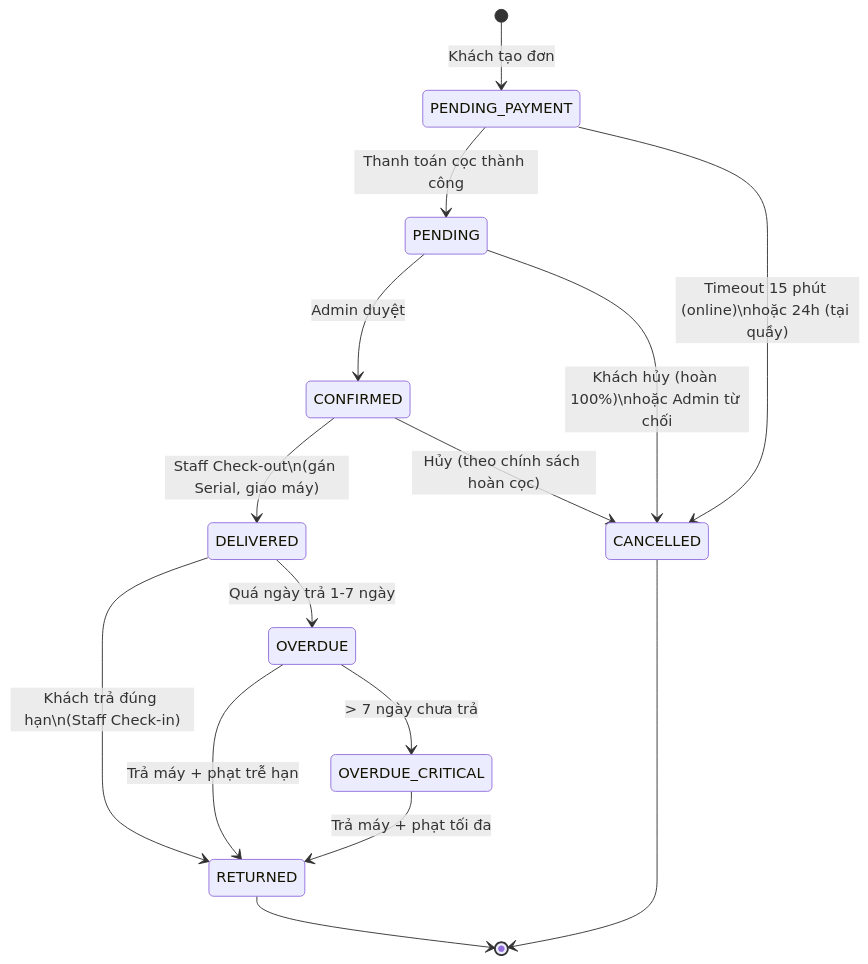
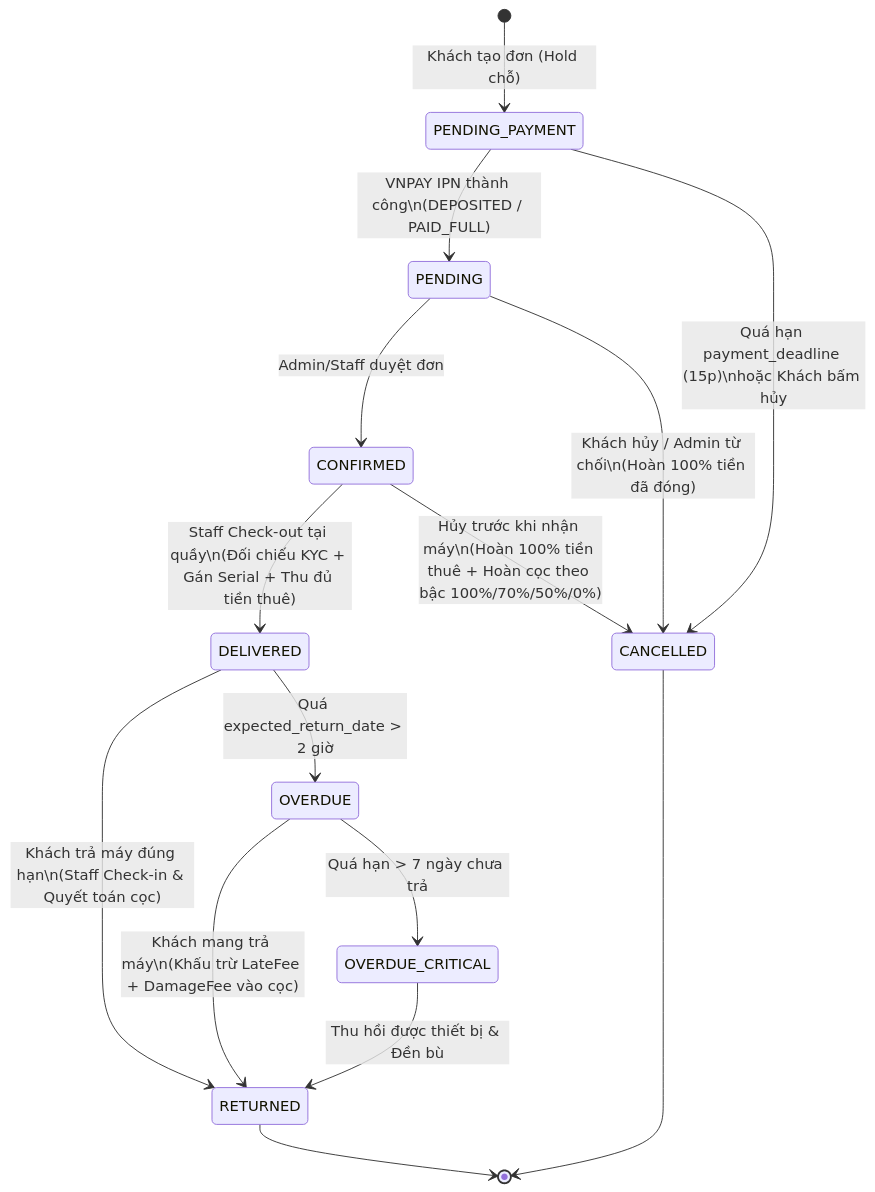
The fifth of 7 diagrams in README.md (Duynguyen1108i3/refuji), drawn with Mermaid before and after one commit. The commit also changed other lines of this file and 1 other file, not shown here.

````diff
--- a/README.md
+++ b/README.md
@@ -777,24 +763,24 @@
 ```mermaid
 stateDiagram-v2
-    [*] --> PENDING_PAYMENT : Khách tạo đơn
+    [*] --> PENDING_PAYMENT : Khách tạo đơn (Hold chỗ)
 
-    PENDING_PAYMENT --> PENDING : Thanh toán cọc thành công
-    PENDING_PAYMENT --> CANCELLED : Timeout 15 phút (online)\nhoặc 24h (tại quầy)
+    PENDING_PAYMENT --> PENDING : VNPAY IPN thành công\n(DEPOSITED / PAID_FULL)
+    PENDING_PAYMENT --> CANCELLED : Quá hạn payment_deadline (15p)\nhoặc Khách bấm hủy
 
-    PENDING --> CONFIRMED : Admin duyệt
-    PENDING --> CANCELLED : Khách hủy (hoàn 100%)\nhoặc Admin từ chối
+    PENDING --> CONFIRMED : Admin/Staff duyệt đơn
+    PENDING --> CANCELLED : Khách hủy / Admin từ chối\n(Hoàn 100% tiền đã đóng)
 
-    CONFIRMED --> DELIVERED : Staff Check-out\n(gán Serial, giao máy)
-    CONFIRMED --> CANCELLED : Hủy (theo chính sách hoàn cọc)
+    CONFIRMED --> DELIVERED : Staff Check-out tại quầy\n(Đối chiếu KYC + Gán Serial + Thu đủ tiền thuê)
+    CONFIRMED --> CANCELLED : Hủy trước khi nhận máy\n(Hoàn 100% tiền thuê + Hoàn cọc theo bậc 100%/70%/50%/0%)
 
-    DELIVERED --> RETURNED : Khách trả đúng hạn\n(Staff Check-in)
-    DELIVERED --> OVERDUE : Quá ngày trả 1-7 ngày
+    DELIVERED --> RETURNED : Khách trả máy đúng hạn\n(Staff Check-in & Quyết toán cọc)
+    DELIVERED --> OVERDUE : Quá expected_return_date > 2 giờ
 
-    OVERDUE --> RETURNED : Trả máy + phạt trễ hạn
-    OVERDUE --> OVERDUE_CRITICAL : > 7 ngày chưa trả
+    OVERDUE --> RETURNED : Khách mang trả máy\n(Khấu trừ LateFee + DamageFee vào cọc)
+    OVERDUE --> OVERDUE_CRITICAL : Quá hạn > 7 ngày chưa trả
 
-    OVERDUE_CRITICAL --> RETURNED : Trả máy + phạt tối đa
+    OVERDUE_CRITICAL --> RETURNED : Thu hồi được thiết bị & Đền bù
 
     RETURNED --> [*]
     CANCELLED --> [*]
 ```
````
